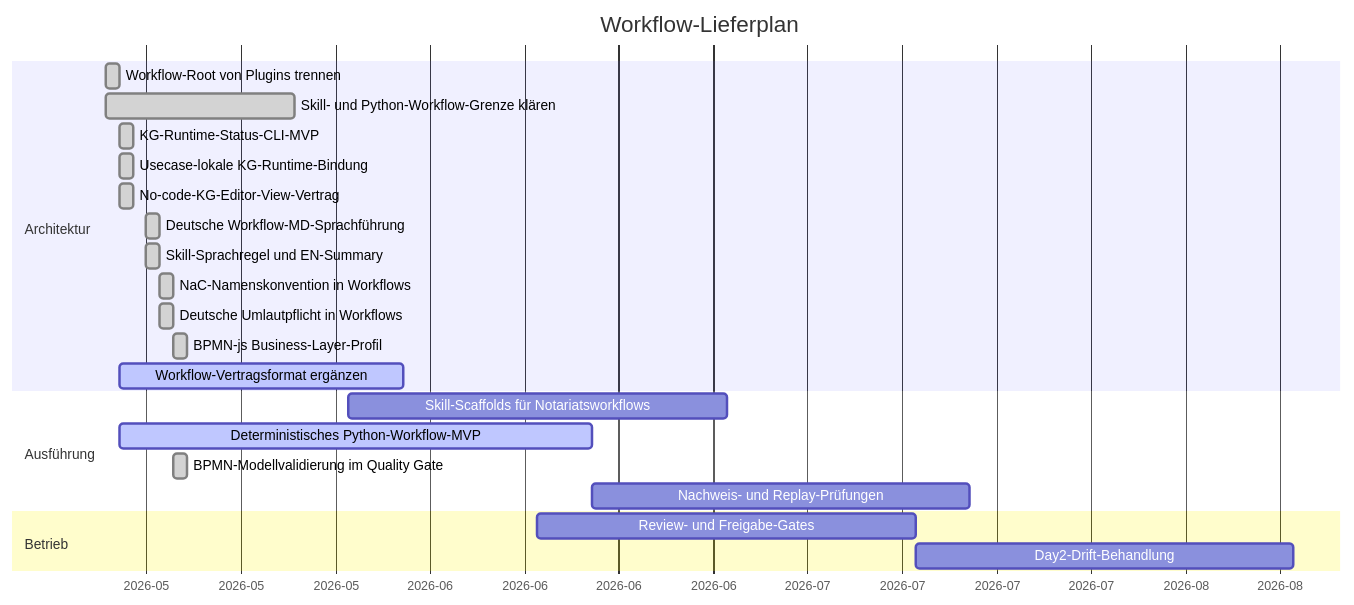
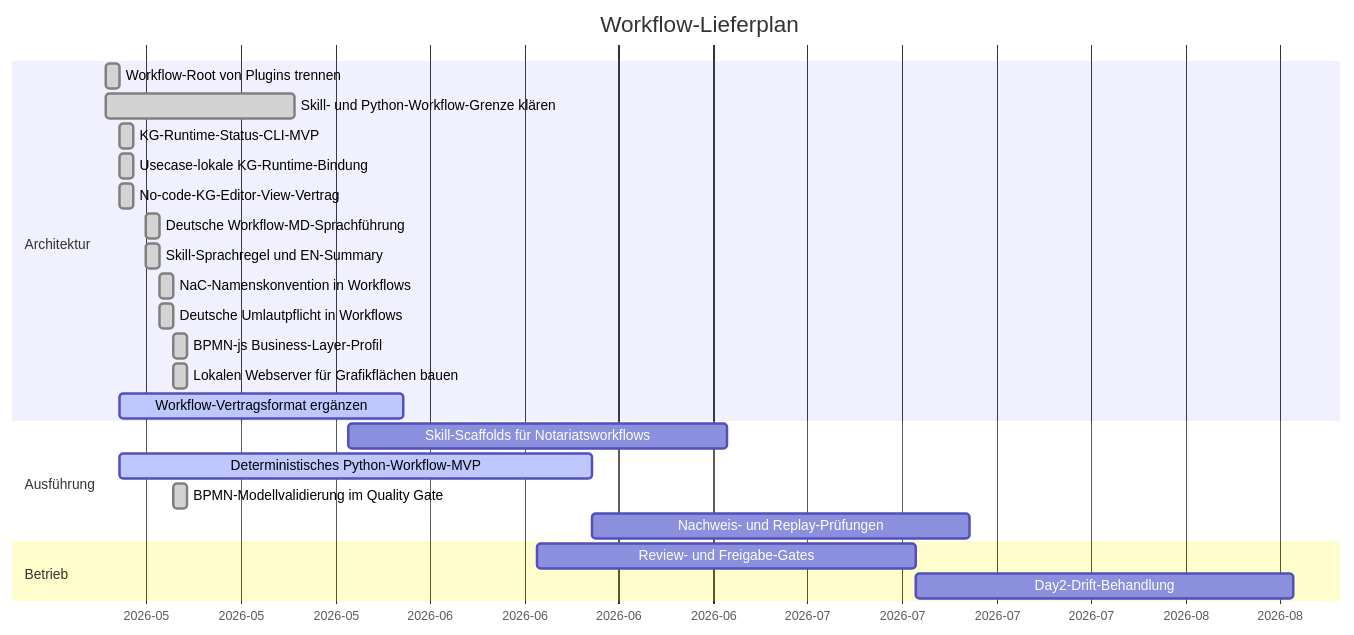
One commit to notariat8/NaC changed the diagram in workflows/GANTT.md. Above: the diagram before and after it, drawn with Mermaid. The commit also changed other lines of this file and 21 other files, not shown here.

````diff
--- a/workflows/GANTT.md
+++ b/workflows/GANTT.md
@@ -5,29 +5,30 @@
 ```mermaid
 gantt
     title Workflow-Lieferplan
     dateFormat  YYYY-MM-DD
     axisFormat  %Y-%m
 
     section Architektur
     Workflow-Root von Plugins trennen          :done,   w1, 2026-05-14, 1d
     Skill- und Python-Workflow-Grenze klären  :done,   w2, 2026-05-14, 14d
     KG-Runtime-Status-CLI-MVP                  :done,   w3, 2026-05-15, 1d
     Usecase-lokale KG-Runtime-Bindung          :done,   w3a, 2026-05-15, 1d
     No-code-KG-Editor-View-Vertrag             :done,   w4a, 2026-05-15, 1d
     Deutsche Workflow-MD-Sprachführung        :done,   w4b, 2026-05-17, 1d
     Skill-Sprachregel und EN-Summary            :done,   w4c, 2026-05-17, 1d
     NaC-Namenskonvention in Workflows           :done,   w4d, 2026-05-18, 1d
     Deutsche Umlautpflicht in Workflows         :done,   w4e, 2026-05-18, 1d
     BPMN-js Business-Layer-Profil               :done,   w4f, 2026-05-19, 1d
+    Lokalen Webserver für Grafikflächen bauen  :done,   w4g, 2026-05-19, 1d
     Workflow-Vertragsformat ergänzen          :active, w4, 2026-05-15, 21d
 
     section Ausführung
     Skill-Scaffolds für Notariatsworkflows    :        w5, 2026-06-01, 28d
     Deterministisches Python-Workflow-MVP      :active, w6, 2026-05-15, 35d
     BPMN-Modellvalidierung im Quality Gate      :done,   w6a, 2026-05-19, 1d
     Nachweis- und Replay-Prüfungen            :        w7, after w6, 28d
 
     section Betrieb
     Review- und Freigabe-Gates                 :        w8, 2026-06-15, 28d
     Day2-Drift-Behandlung                      :        w9, after w8, 28d
 ```
````
